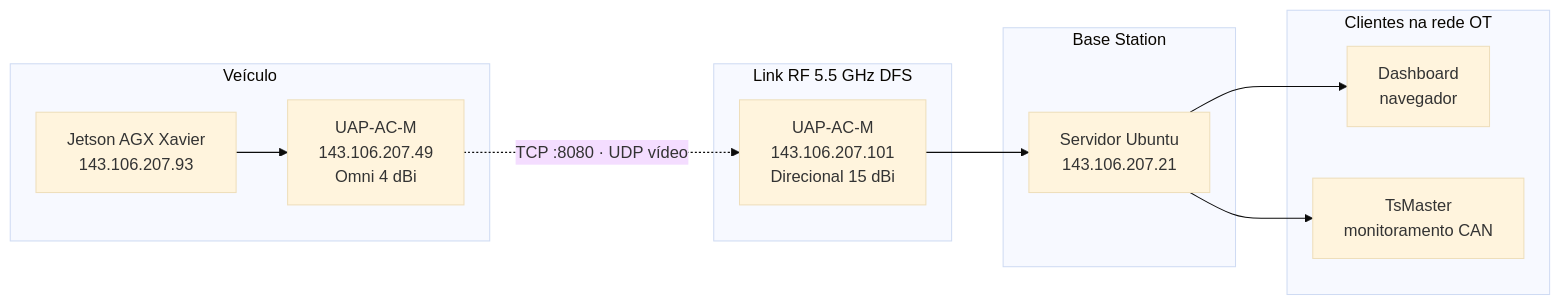
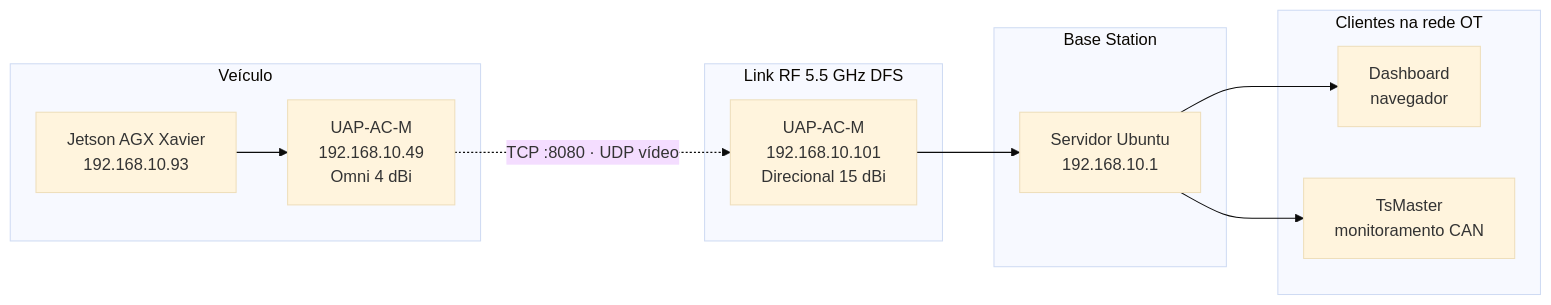
The second of 8 diagrams in design/handBook.md (Faraoh-Back/TelemetriaV2.0), drawn with Mermaid (base theme) before and after one commit. The commit also changed other lines of this file, not shown here.

````diff
--- a/design/handBook.md
+++ b/design/handBook.md
@@ -99,22 +99,22 @@
 ```mermaid
 graph LR
     subgraph CARRO["Veículo"]
-        JETSON["Jetson AGX Xavier\n143.106.207.93"]
-        AP_CAR["UAP-AC-M\n143.106.207.49\nOmni 4 dBi"]
+        JETSON["Jetson AGX Xavier\n192.168.10.93"]
+        AP_CAR["UAP-AC-M\n192.168.10.49\nOmni 4 dBi"]
         JETSON --> AP_CAR
     end
     subgraph RF["Link RF 5.5 GHz DFS"]
         AP_CAR -."TCP :8080 · UDP vídeo".-> AP_BOX
     end
     subgraph BOX["Base Station"]
-        AP_BOX["UAP-AC-M\n143.106.207.101\nDirecional 15 dBi"]
-        SRV["Servidor Ubuntu\n143.106.207.21"]
+        AP_BOX["UAP-AC-M\n192.168.10.101\nDirecional 15 dBi"]
+        SRV["Servidor Ubuntu\n192.168.10.1"]
         AP_BOX --> SRV
     end
     subgraph CLIENTES["Clientes na rede OT"]
         DASH["Dashboard\nnavegador"]
         TSMASTER["TsMaster\nmonitoramento CAN"]
         SRV --> DASH
         SRV --> TSMASTER
     end
 ```
````
